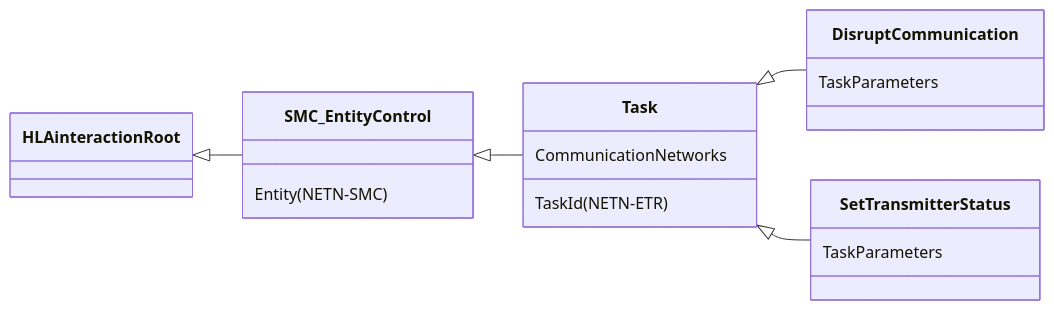
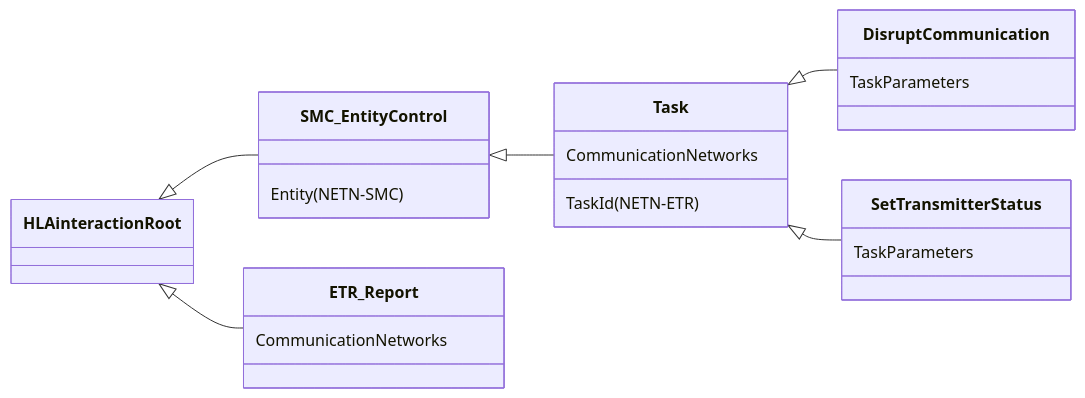
Before and after one commit to AMSP-04/NETN-COM: the seventh of 7 diagrams in NETN-COM.md, drawn with Mermaid. The commit also changed other lines of this file and 2 other files, not shown here.

````diff
--- a/NETN-COM.md
+++ b/NETN-COM.md
@@ -204,13 +408,15 @@
 ```mermaid
 classDiagram 
 direction LR
 HLAinteractionRoot <|-- SMC_EntityControl
+HLAinteractionRoot <|-- ETR_Report
 SMC_EntityControl <|-- Task
 SMC_EntityControl : Entity(NETN-SMC)
 Task <|-- DisruptCommunication
 Task <|-- SetTransmitterStatus
 Task : CommunicationNetworks
 Task : TaskId(NETN-ETR)
 DisruptCommunication : TaskParameters
 SetTransmitterStatus : TaskParameters
+ETR_Report : CommunicationNetworks
 ```
````
